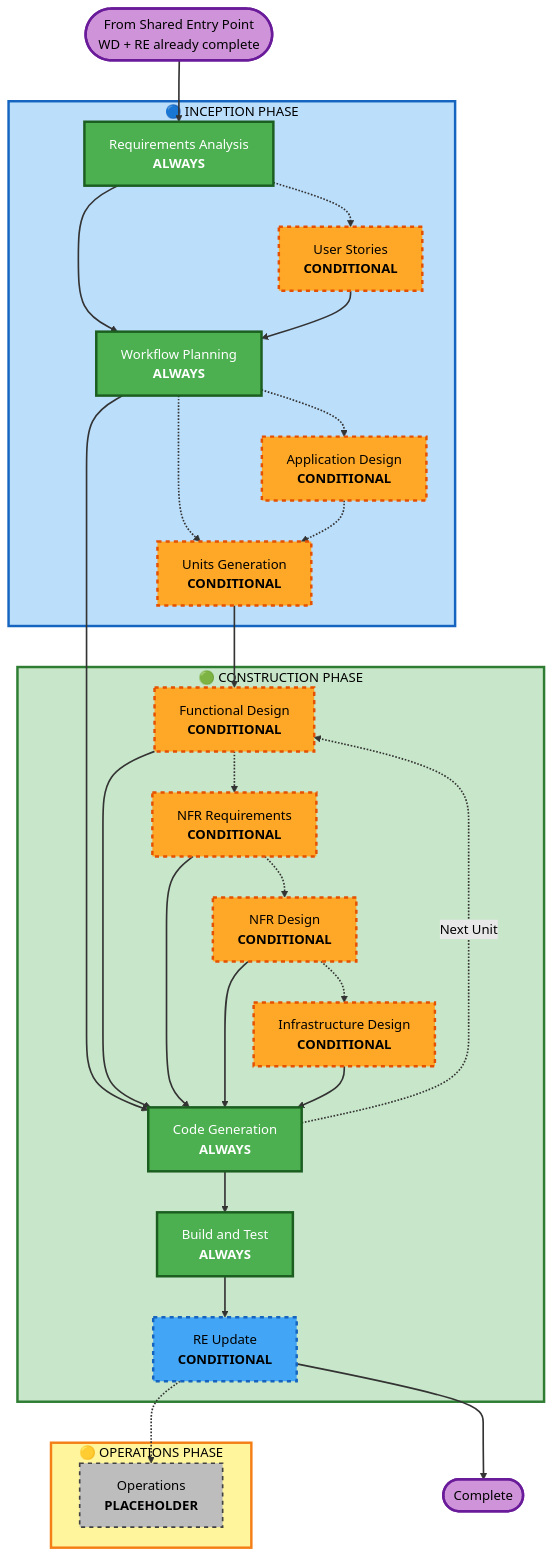
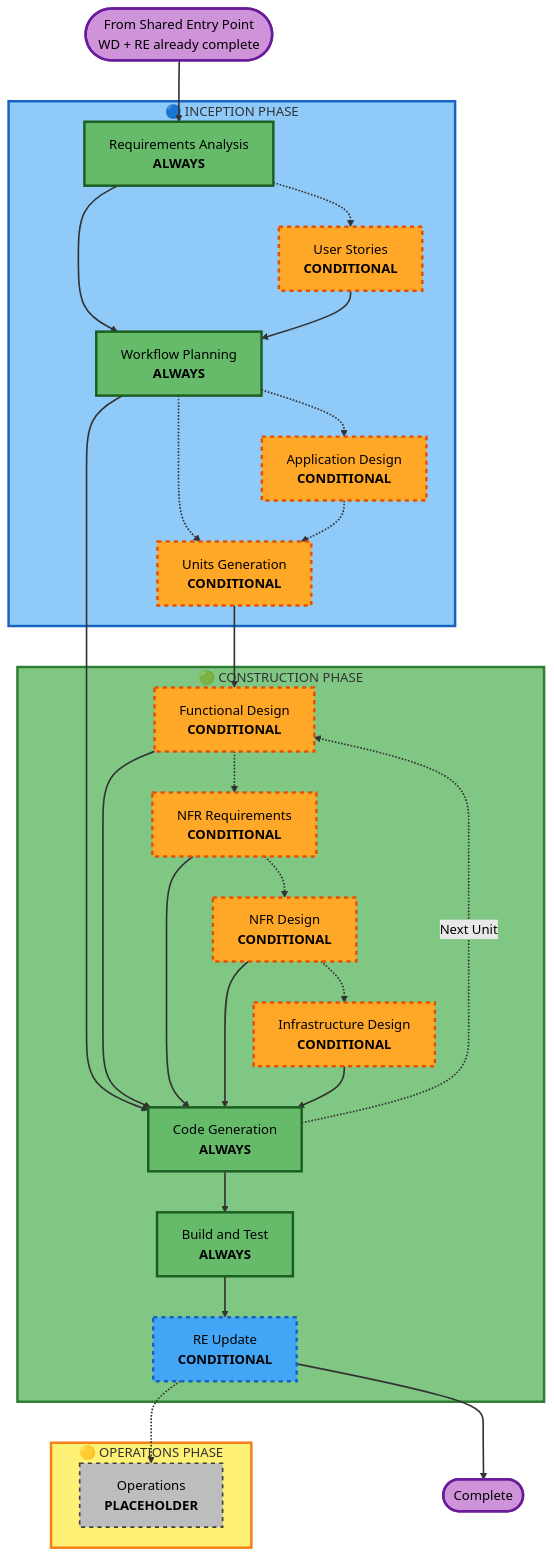
The diagram in main-workflow/workflows/aws/memory/common/process-overview.md (premkumarjanagarajan/fluid-flow-ai), drawn with Mermaid (forest theme) before and after one commit. The commit also changed 12 other files, not shown here.

First line of the commit message:
Update Mermaid diagram styles for dark and light theme compatibility

````diff
--- a/main-workflow/workflows/aws/memory/common/process-overview.md
+++ b/main-workflow/workflows/aws/memory/common/process-overview.md
@@ -33,72 +33,72 @@
 ```mermaid
 flowchart TD
     Start(["From Shared Entry Point<br/>WD + RE already complete"])
     
     subgraph INCEPTION["🔵 INCEPTION PHASE"]
         RA["Requirements Analysis<br/><b>ALWAYS</b>"]
         Stories["User Stories<br/><b>CONDITIONAL</b>"]
         WP["Workflow Planning<br/><b>ALWAYS</b>"]
         AppDesign["Application Design<br/><b>CONDITIONAL</b>"]
         UnitsG["Units Generation<br/><b>CONDITIONAL</b>"]
     end
     
     subgraph CONSTRUCTION["🟢 CONSTRUCTION PHASE"]
         FD["Functional Design<br/><b>CONDITIONAL</b>"]
         NFRA["NFR Requirements<br/><b>CONDITIONAL</b>"]
         NFRD["NFR Design<br/><b>CONDITIONAL</b>"]
         ID["Infrastructure Design<br/><b>CONDITIONAL</b>"]
         CG["Code Generation<br/><b>ALWAYS</b>"]
         BT["Build and Test<br/><b>ALWAYS</b>"]
         REU["RE Update<br/><b>CONDITIONAL</b>"]
     end
     
     subgraph OPERATIONS["🟡 OPERATIONS PHASE"]
         OPS["Operations<br/><b>PLACEHOLDER</b>"]
     end
     
     Start --> RA
     
     RA -.-> Stories
     RA --> WP
     Stories --> WP
     
     WP -.-> AppDesign
     WP -.-> UnitsG
     AppDesign -.-> UnitsG
     UnitsG --> FD
     FD -.-> NFRA
     NFRA -.-> NFRD
     NFRD -.-> ID
     
     WP --> CG
     FD --> CG
     NFRA --> CG
     NFRD --> CG
     ID --> CG
     CG -.->|Next Unit| FD
     CG --> BT
     BT --> REU
     REU -.-> OPS
     REU --> End(["Complete"])
     
-    style RA fill:#4CAF50,stroke:#1B5E20,stroke-width:3px,color:#fff
-    style WP fill:#4CAF50,stroke:#1B5E20,stroke-width:3px,color:#fff
-    style CG fill:#4CAF50,stroke:#1B5E20,stroke-width:3px,color:#fff
-    style BT fill:#4CAF50,stroke:#1B5E20,stroke-width:3px,color:#fff
-    style OPS fill:#BDBDBD,stroke:#424242,stroke-width:2px,stroke-dasharray: 5 5,color:#000
-    style REU fill:#42A5F5,stroke:#1565C0,stroke-width:3px,stroke-dasharray: 5 5,color:#000
-    style Stories fill:#FFA726,stroke:#E65100,stroke-width:3px,stroke-dasharray: 5 5,color:#000
-    style AppDesign fill:#FFA726,stroke:#E65100,stroke-width:3px,stroke-dasharray: 5 5,color:#000
-    style UnitsG fill:#FFA726,stroke:#E65100,stroke-width:3px,stroke-dasharray: 5 5,color:#000
-    style FD fill:#FFA726,stroke:#E65100,stroke-width:3px,stroke-dasharray: 5 5,color:#000
-    style NFRA fill:#FFA726,stroke:#E65100,stroke-width:3px,stroke-dasharray: 5 5,color:#000
-    style NFRD fill:#FFA726,stroke:#E65100,stroke-width:3px,stroke-dasharray: 5 5,color:#000
-    style ID fill:#FFA726,stroke:#E65100,stroke-width:3px,stroke-dasharray: 5 5,color:#000
-    style INCEPTION fill:#BBDEFB,stroke:#1565C0,stroke-width:3px, color:#000
-    style CONSTRUCTION fill:#C8E6C9,stroke:#2E7D32,stroke-width:3px, color:#000
-    style OPERATIONS fill:#FFF59D,stroke:#F57F17,stroke-width:3px, color:#000
-    style Start fill:#CE93D8,stroke:#6A1B9A,stroke-width:3px,color:#000
-    style End fill:#CE93D8,stroke:#6A1B9A,stroke-width:3px,color:#000
+    style RA fill:#66BB6A,stroke:#1B5E20,stroke-width:3px
+    style WP fill:#66BB6A,stroke:#1B5E20,stroke-width:3px
+    style CG fill:#66BB6A,stroke:#1B5E20,stroke-width:3px
+    style BT fill:#66BB6A,stroke:#1B5E20,stroke-width:3px
+    style OPS fill:#BDBDBD,stroke:#424242,stroke-width:2px,stroke-dasharray: 5 5
+    style REU fill:#42A5F5,stroke:#1565C0,stroke-width:3px,stroke-dasharray: 5 5
+    style Stories fill:#FFA726,stroke:#E65100,stroke-width:3px,stroke-dasharray: 5 5
+    style AppDesign fill:#FFA726,stroke:#E65100,stroke-width:3px,stroke-dasharray: 5 5
+    style UnitsG fill:#FFA726,stroke:#E65100,stroke-width:3px,stroke-dasharray: 5 5
+    style FD fill:#FFA726,stroke:#E65100,stroke-width:3px,stroke-dasharray: 5 5
+    style NFRA fill:#FFA726,stroke:#E65100,stroke-width:3px,stroke-dasharray: 5 5
+    style NFRD fill:#FFA726,stroke:#E65100,stroke-width:3px,stroke-dasharray: 5 5
+    style ID fill:#FFA726,stroke:#E65100,stroke-width:3px,stroke-dasharray: 5 5
+    style INCEPTION fill:#90CAF9,stroke:#1565C0,stroke-width:3px
+    style CONSTRUCTION fill:#81C784,stroke:#2E7D32,stroke-width:3px
+    style OPERATIONS fill:#FFF176,stroke:#F57F17,stroke-width:3px
+    style Start fill:#CE93D8,stroke:#6A1B9A,stroke-width:3px
+    style End fill:#CE93D8,stroke:#6A1B9A,stroke-width:3px
     
     linkStyle default stroke:#333,stroke-width:2px
 ```
````
